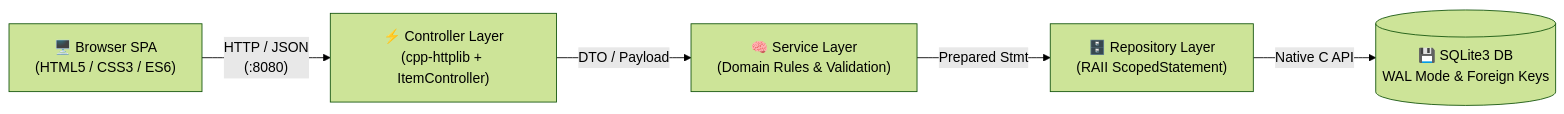
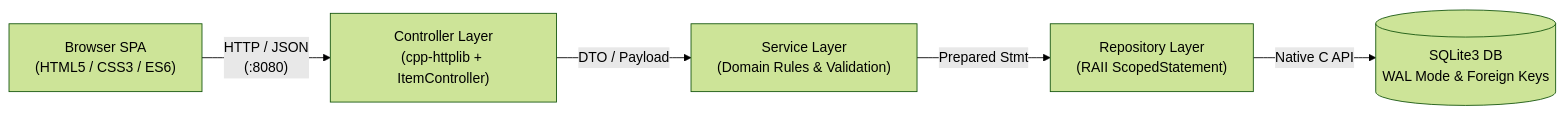
The diagram in README.md (m4ulikP/cpp-sqlite-tracker), drawn with Mermaid (forest theme) before and after one commit. The commit also changed other lines of this file, not shown here.

````diff
--- a/README.md
+++ b/README.md
@@ -64,7 +64,7 @@
 ```mermaid
 flowchart LR
-    A["🖥️ Browser SPA<br/>(HTML5 / CSS3 / ES6)"] -->|"HTTP / JSON<br/>(:8080)"| B["⚡ Controller Layer<br/>(cpp-httplib + ItemController)"]
-    B -->|"DTO / Payload"| C["🧠 Service Layer<br/>(Domain Rules & Validation)"]
-    C -->|"Prepared Stmt"| D["🗄️ Repository Layer<br/>(RAII ScopedStatement)"]
-    D -->|"Native C API"| E[("💾 SQLite3 DB<br/>WAL Mode & Foreign Keys")]
+    A["Browser SPA<br/>(HTML5 / CSS3 / ES6)"] -->|"HTTP / JSON<br/>(:8080)"| B["Controller Layer<br/>(cpp-httplib + ItemController)"]
+    B -->|"DTO / Payload"| C["Service Layer<br/>(Domain Rules & Validation)"]
+    C -->|"Prepared Stmt"| D["Repository Layer<br/>(RAII ScopedStatement)"]
+    D -->|"Native C API"| E[("SQLite3 DB<br/>WAL Mode & Foreign Keys")]
 ```
````
